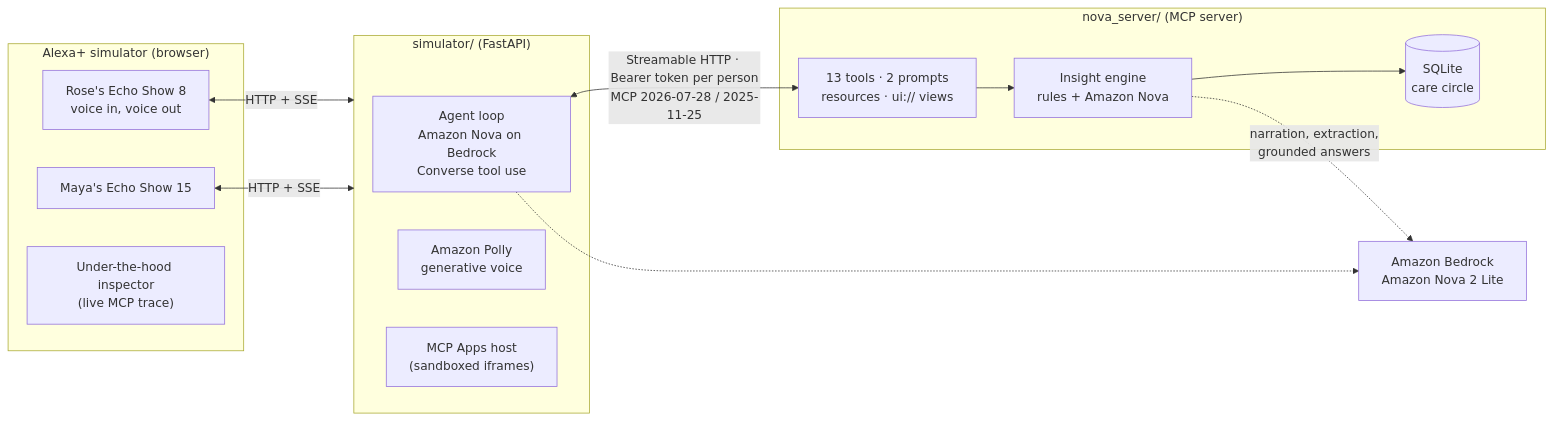
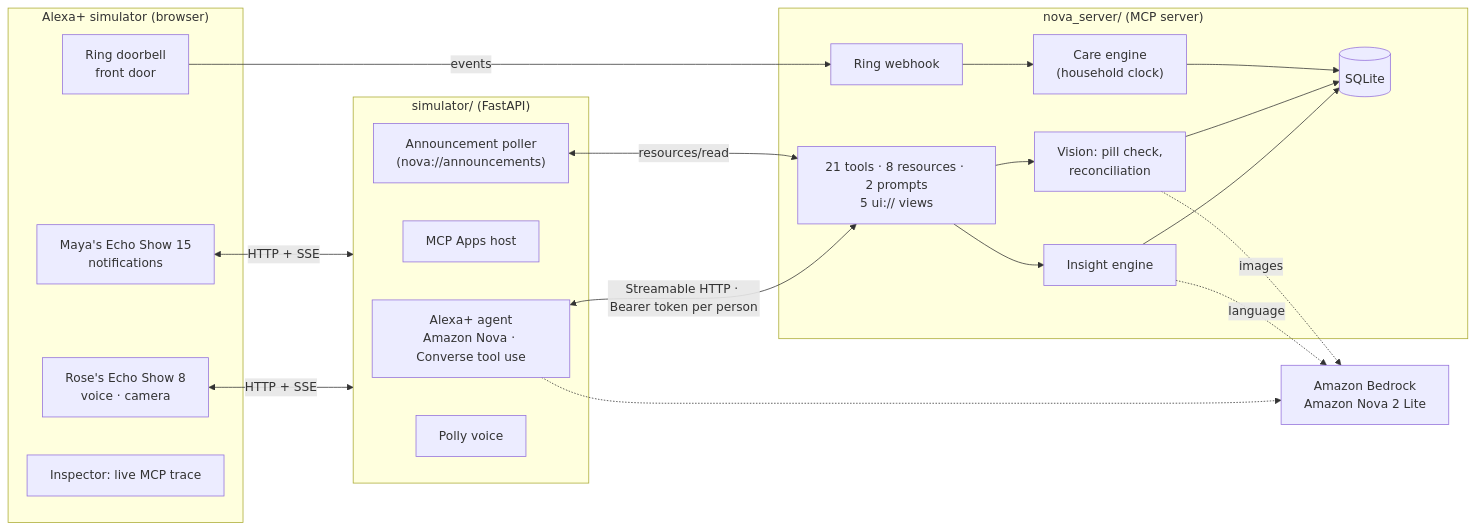
Before and after one commit to Dakshhhhh-ops/nova: the diagram in README.md, drawn with Mermaid. The commit also changed other lines of this file and 2 other files, not shown here.

Commit message:
Docs for v2: proactive engine, vision, Ring, BP; new demo script and submission text

````diff
--- a/README.md
+++ b/README.md
@@ -46,23 +75,33 @@
 ```mermaid
 flowchart LR
   subgraph Browser["Alexa+ simulator (browser)"]
-    R["Rose's Echo Show 8<br/>voice in, voice out"]
-    M["Maya's Echo Show 15"]
-    I["Under-the-hood inspector<br/>(live MCP trace)"]
+    R["Rose's Echo Show 8<br/>voice · camera"]
+    D["Ring doorbell<br/>front door"]
+    M["Maya's Echo Show 15<br/>notifications"]
+    I["Inspector: live MCP trace"]
   end
   subgraph Sim["simulator/ (FastAPI)"]
-    A["Agent loop<br/>Amazon Nova on Bedrock<br/>Converse tool use"]
-    P["Amazon Polly<br/>generative voice"]
-    H["MCP Apps host<br/>(sandboxed iframes)"]
+    A["Alexa+ agent<br/>Amazon Nova · Converse tool use"]
+    H["MCP Apps host"]
+    P["Announcement poller<br/>(nova://announcements)"]
+    V["Polly voice"]
   end
   subgraph Nova["nova_server/ (MCP server)"]
-    T["13 tools · 2 prompts<br/>resources · ui:// views"]
-    E["Insight engine<br/>rules + Amazon Nova"]
-    D[("SQLite<br/>care circle")]
+    T["21 tools · 8 resources · 2 prompts<br/>5 ui:// views"]
+    E["Care engine<br/>(household clock)"]
+    X["Insight engine"]
+    S["Vision: pill check,<br/>reconciliation"]
+    W["Ring webhook"]
+    DB[("SQLite")]
   end
   R & M <-->|HTTP + SSE| Sim
-  A <-->|"Streamable HTTP · Bearer token per person<br/>MCP 2026-07-28 / 2025-11-25"| T
-  T --> E --> D
-  E -.->|narration, extraction,<br/>grounded answers| BR["Amazon Bedrock<br/>Amazon Nova 2 Lite"]
+  D -->|events| W
+  A <-->|"Streamable HTTP · Bearer token per person"| T
+  P <-->|resources/read| T
+  T --> X & S --> DB
+  E --> DB
+  W --> E
+  X -.->|language| BR["Amazon Bedrock<br/>Amazon Nova 2 Lite"]
+  S -.->|images| BR
   A -.-> BR
 ```
````
